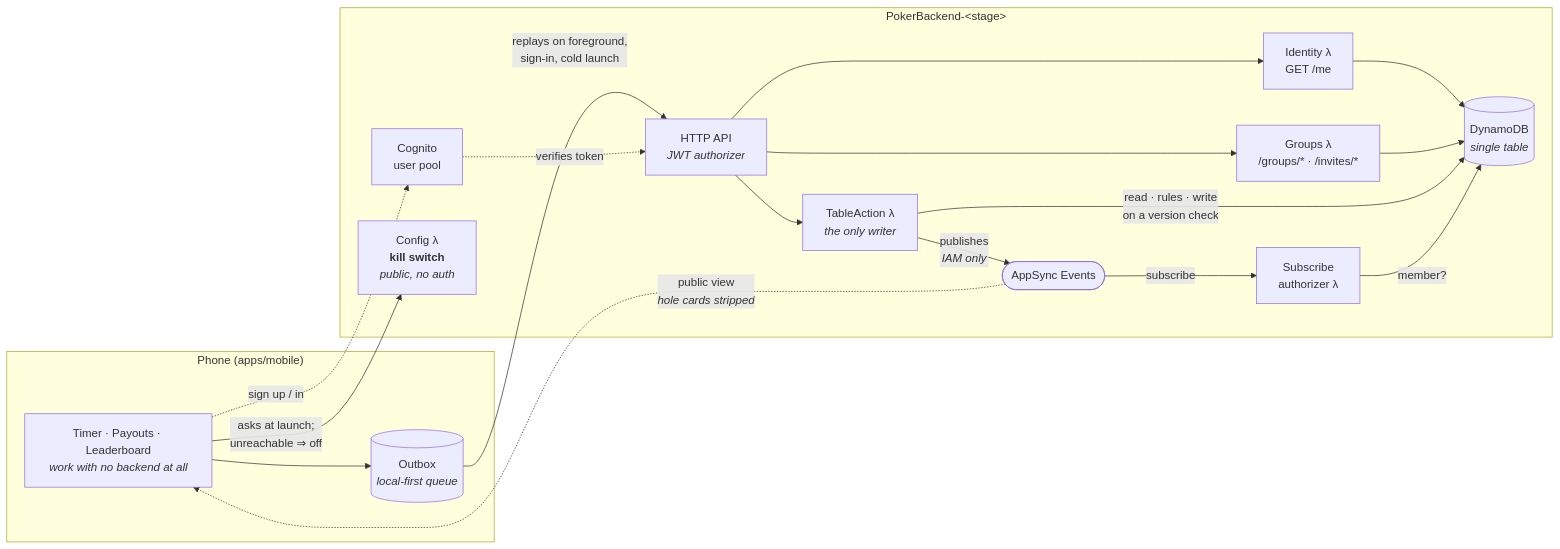
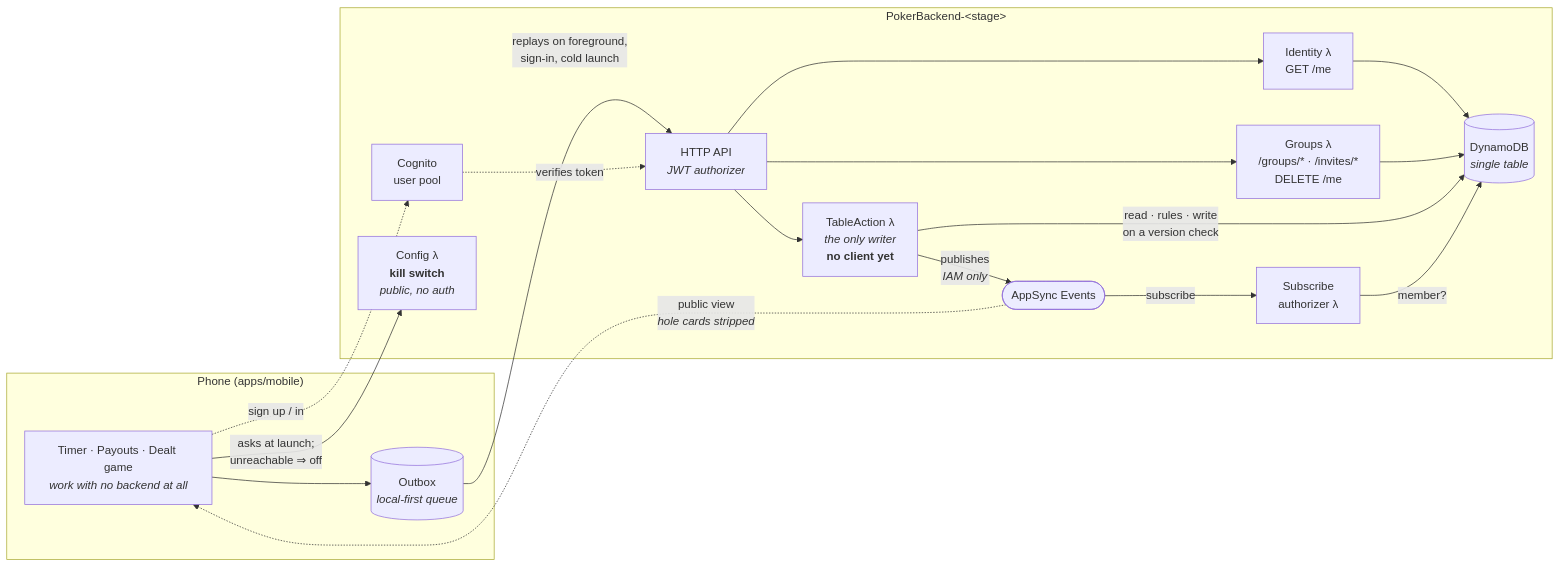
The first of 2 diagrams in ARCHITECTURE.md (toondeboer/poker), drawn with Mermaid before and after one commit. The commit also changed other lines of this file and 2 other files, not shown here.

````diff
--- a/ARCHITECTURE.md
+++ b/ARCHITECTURE.md
@@ -118,32 +139,32 @@
 ```mermaid
 flowchart LR
   subgraph Phone["Phone (apps/mobile)"]
-    UI["Timer · Payouts · Leaderboard<br/><i>work with no backend at all</i>"]
+    UI["Timer · Payouts · Dealt game<br/><i>work with no backend at all</i>"]
     OB[("Outbox<br/><i>local-first queue</i>")]
   end
 
   subgraph AWS["PokerBackend-&lt;stage&gt;"]
     COG["Cognito<br/>user pool"]
     API["HTTP API<br/><i>JWT authorizer</i>"]
     CFG["Config λ<br/><b>kill switch</b><br/><i>public, no auth</i>"]
     IDN["Identity λ<br/>GET /me"]
-    GRP["Groups λ<br/>/groups/* · /invites/*"]
-    ACT["TableAction λ<br/><i>the only writer</i>"]
+    GRP["Groups λ<br/>/groups/* · /invites/*<br/>DELETE /me"]
+    ACT["TableAction λ<br/><i>the only writer</i><br/><b>no client yet</b>"]
     SUB["Subscribe<br/>authorizer λ"]
     DDB[("DynamoDB<br/><i>single table</i>")]
     EV(["AppSync Events"])
   end
 
   UI --> OB
   OB -->|"replays on foreground,<br/>sign-in, cold launch"| API
   UI -->|"asks at launch;<br/>unreachable ⇒ off"| CFG
   UI -.->|"sign up / in"| COG
   API --> IDN & GRP & ACT
   COG -.->|"verifies token"| API
   IDN & GRP --> DDB
   ACT -->|"read · rules · write<br/>on a version check"| DDB
   ACT -->|"publishes<br/><i>IAM only</i>"| EV
   EV -->|"subscribe"| SUB
   SUB -->|"member?"| DDB
   EV -.->|"public view<br/><i>hole cards stripped</i>"| UI
 ```
````
